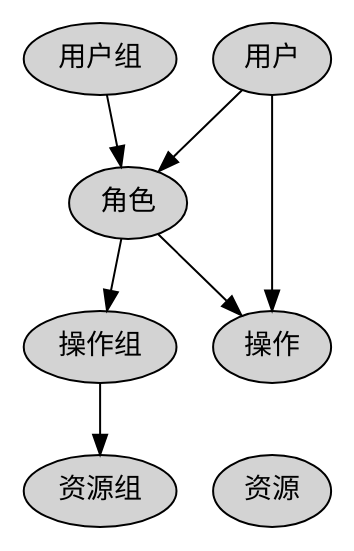
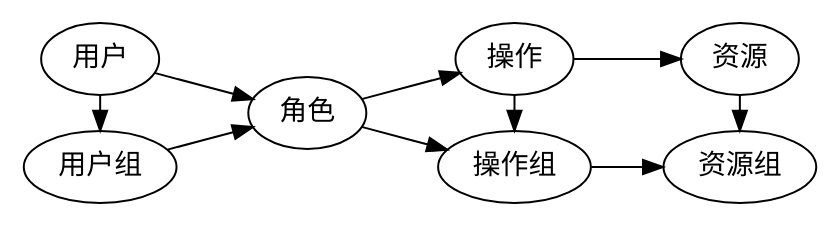
The diagram in content/blog/2021/06/a-brief-introduce-to-rbac.adoc (georgecao/coder-talks), drawn with Graphviz before and after one commit. The commit also changed 3 other files, not shown here.

```diff
--- a/content/blog/2021/06/a-brief-introduce-to-rbac.adoc
+++ b/content/blog/2021/06/a-brief-introduce-to-rbac.adoc
@@ -45,23 +45,41 @@
-[graphviz]
+[graphviz,auth,svg]
 ----
-digraph d{
-randir=LR;
-node [style=filled];
-user[label="用户"];
-user_group[label="用户组"];
-object_group[label="资源组"];
-role[label="角色"];
-operation_group[label="操作组"];
-user -> operation;
-user_group->role->operation_group->object_group;
+digraph auth {
+    rankdir = LR;
+    subgraph cluster_0 {
+    object [label = "资源"];
+    operation [label = "操作"];
+    operation -> object;
+    label = "权限";
+    }
+    subgraph cluster_1 {
+    object_group [label = "资源组"];
+    operation_group [label = "操作组"];
+    operation_group -> object_group;
+    label = "权限组";
+    }
 
-object[label="资源"];
-operation[label="操作"];
-role->operation;
-user->role;
-{rank=same;user;user_group;}
-{rank=same;operation;operation_group;}
-{rank=same;object;object_group;}
+    subgraph cluster_2 {
+    rankdir = TD;
+    user [label = "用户"];
+    user_group [label = "用户组"];
+    }
 
+    role [label = "角色"];
+
+    user -> role;
+    user_group -> role;
+
+    role -> operation;
+    role -> operation_group;
+
+    operation -> operation_group;
+    user -> user_group;
+    object -> object_group;
+
+
+    {rank = min; user; user_group;}
+    {rank = same; operation; operation_group;}
+    {rank = same; object; object_group;}
 }
 ----
```
